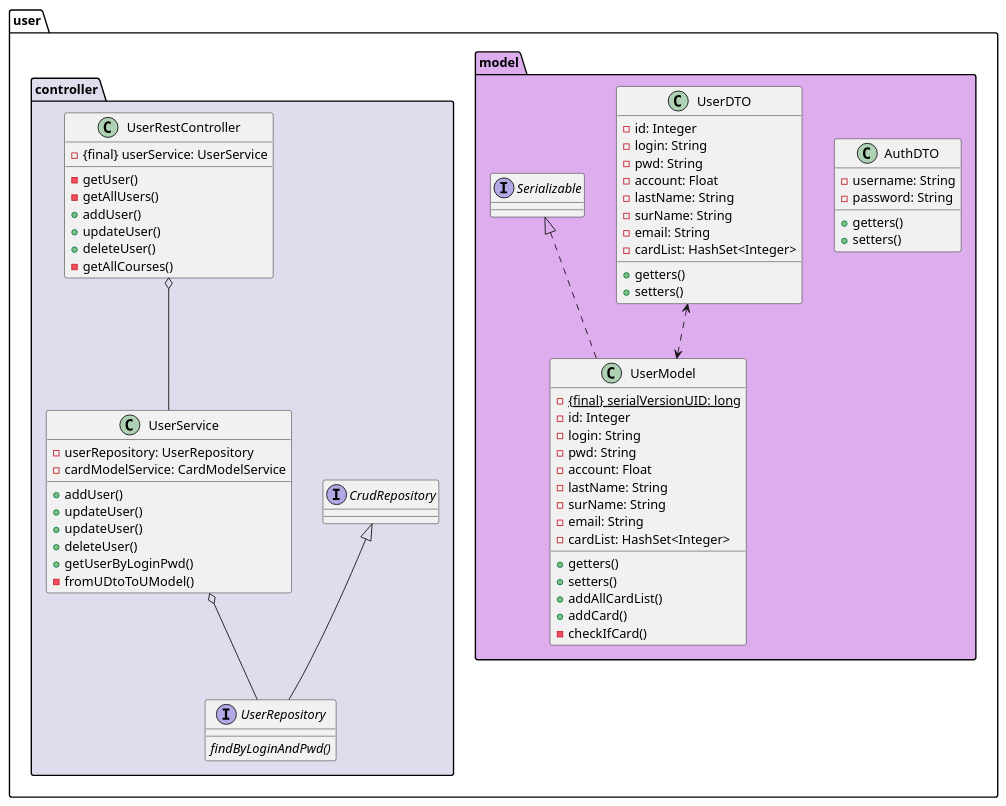
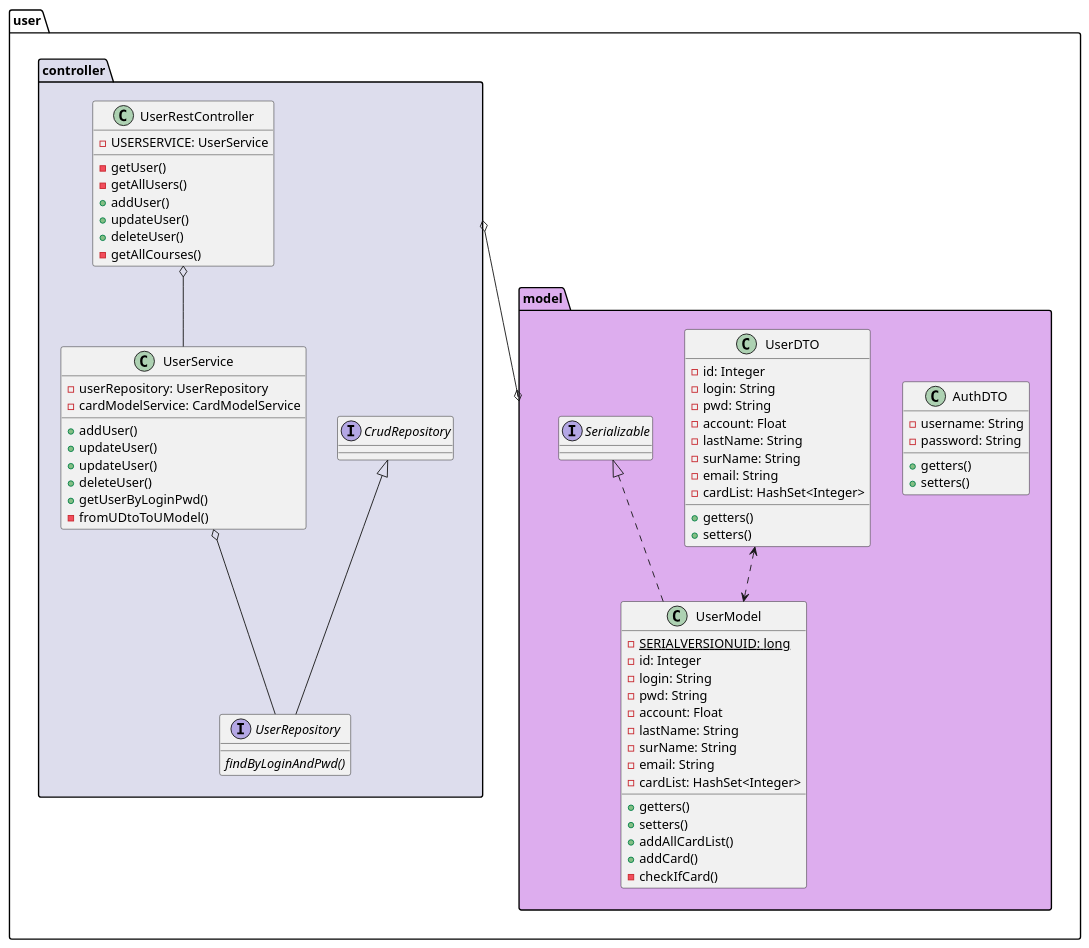
One commit to PetitYohan/ASI-2 changed the diagram in user_uml.wsd. Above: the diagram before and after it, drawn with PlantUML. The commit also changed 2 other files, not shown here.

Commit message:
card, store and user uml update

```diff
--- a/user_uml.wsd
+++ b/user_uml.wsd
@@ -1,76 +1,76 @@
 @startuml
 
 namespace user.model #DDADEE{
     
     class AuthDTO {
         - username: String
         - password: String
         + getters()
         + setters()
     } 
 
     class UserDTO {
         - id: Integer
         - login: String
         - pwd: String
         - account: Float
         - lastName: String
         - surName: String
         - email: String
         - cardList: HashSet<Integer>
         + getters()
         + setters()
     }
     UserDTO <..> UserModel
 
     class UserModel implements Serializable{
-        - {static} {final} serialVersionUID: long
+        - {static} SERIALVERSIONUID: long
         - id: Integer
         - login: String
         - pwd: String
         - account: Float
         - lastName: String
         - surName: String
         - email: String
         - cardList: HashSet<Integer>
         + getters()
         + setters()
         + addAllCardList()
         + addCard()
         - checkIfCard()
         }
 }
 
 namespace user.controller #DDDDED{
 
     interface UserRepository extends CrudRepository{
         {abstract} findByLoginAndPwd()
     }
 
     class UserRestController{
-        - {final} userService: UserService
+        - USERSERVICE: UserService
         - getUser()
         - getAllUsers()
         + addUser()
         + updateUser()
         + deleteUser()
         - getAllCourses()
     }
     UserRestController o-- UserService
 
     class UserService{
         - userRepository: UserRepository 
         - cardModelService: CardModelService 
         + addUser()
         + updateUser()
         + updateUser()
         + deleteUser()
         + getUserByLoginPwd()
         - fromUDtoToUModel()
     }
     UserService o-- UserRepository
 
 }
-
+user.controller o--o user.model
 
 @enduml
```
